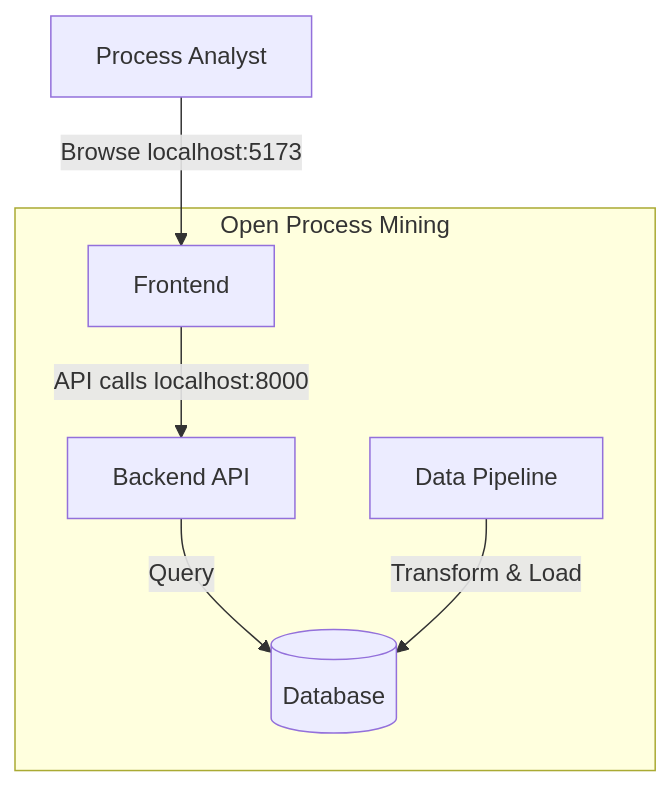
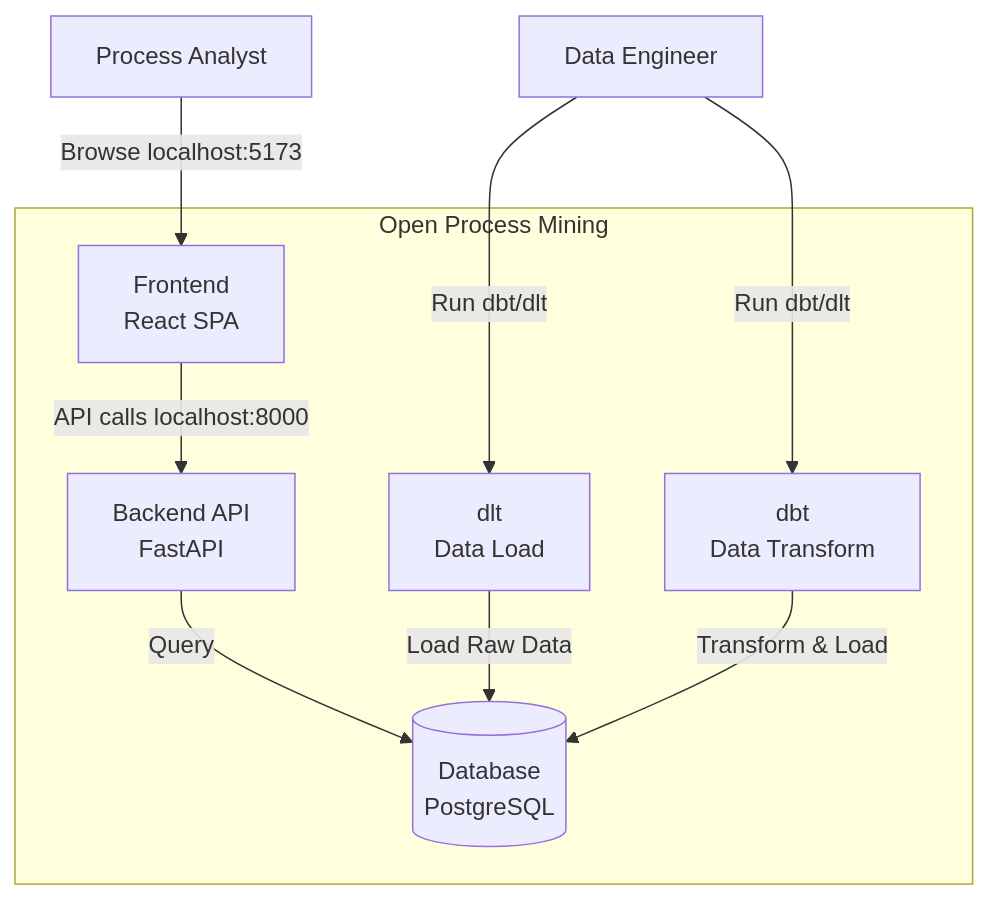
The second of 3 diagrams in README.md (suwa-sh/open-process-mining), drawn with Mermaid before and after one commit. The commit also changed other lines of this file and 20 other files, not shown here.

````diff
--- a/README.md
+++ b/README.md
@@ -50,16 +50,21 @@
 ```mermaid
 graph TB
     User[Process Analyst]
+    DataEngineer[Data Engineer]
 
     subgraph OPM[Open Process Mining]
-        Frontend[Frontend]
-        Backend[Backend API]
-        DB[(Database)]
-        DBT[Data Pipeline]
+        Frontend[Frontend<br/>React SPA]
+        Backend[Backend API<br/>FastAPI]
+        DB[(Database<br/>PostgreSQL)]
+        DBT[dbt<br/>Data Transform]
+        DLT[dlt<br/>Data Load]
     end
 
     User -->|Browse localhost:5173| Frontend
+    DataEngineer --->|Run dbt/dlt| DBT
+    DataEngineer --->|Run dbt/dlt| DLT
     Frontend -->|API calls localhost:8000| Backend
     Backend -->|Query| DB
+    DLT -->|Load Raw Data| DB
     DBT -->|Transform & Load| DB
 ```
````
